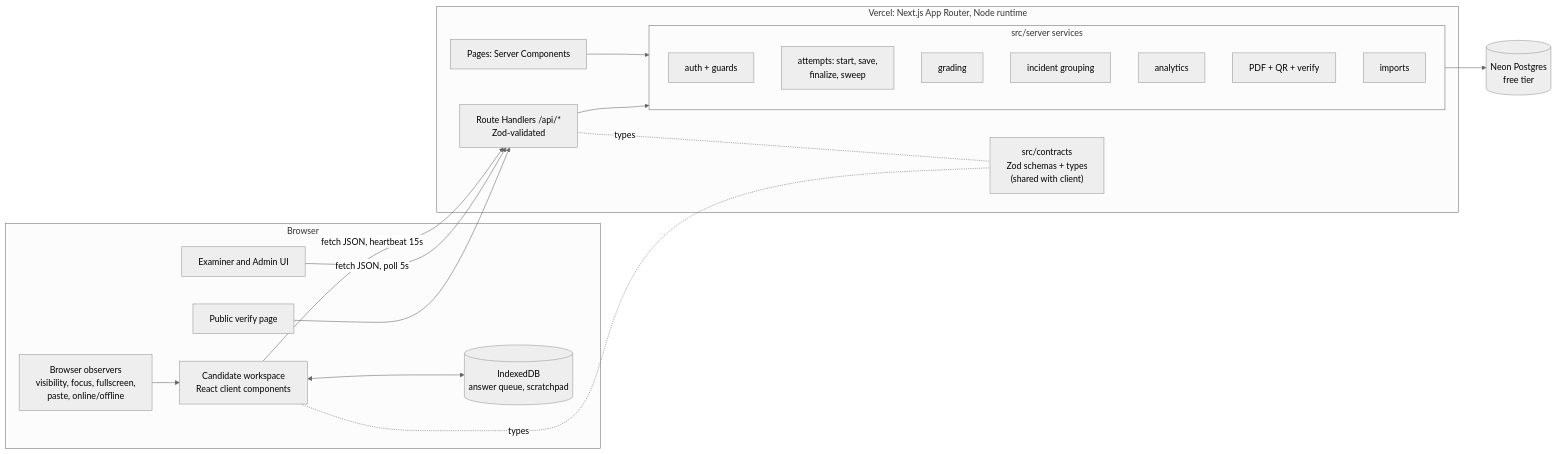
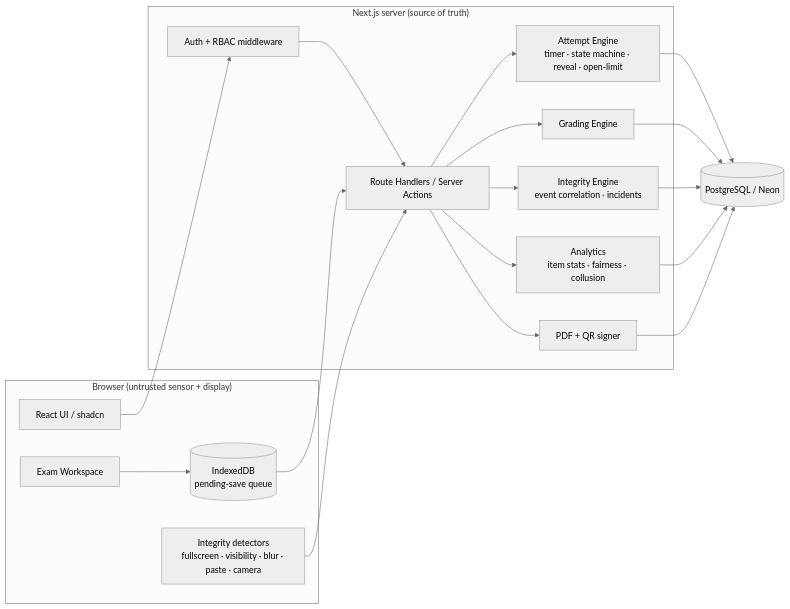
The second of 11 diagrams in PRD.md (Muhammad-Faizan-DS/WEB-E-THON), drawn with Mermaid (neutral theme) before and after one commit. The commit also changed other lines of this file and 31 other files, not shown here.

````diff
--- a/PRD.md
+++ b/PRD.md
@@ -105,38 +61,24 @@
 ```mermaid
 flowchart LR
-  subgraph Browser
-    CW["Candidate workspace<br/>React client components"]
-    IDB[("IndexedDB<br/>answer queue, scratchpad")]
-    MON["Browser observers<br/>visibility, focus, fullscreen,<br/>paste, online/offline"]
-    EX["Examiner and Admin UI"]
-    PUB["Public verify page"]
-    CW <--> IDB
-    MON --> CW
+  subgraph Client["Browser (untrusted sensor + display)"]
+    UI[React UI / shadcn]
+    WS[Exam Workspace]
+    DET[Integrity detectors<br/>fullscreen · visibility · blur · paste · camera]
+    Q[(IndexedDB<br/>pending-save queue)]
   end
-
-  subgraph Vercel["Vercel: Next.js App Router, Node runtime"]
-    RSC["Pages: Server Components"]
-    API["Route Handlers /api/*<br/>Zod-validated"]
-    subgraph Services["src/server services"]
-      AUTH["auth + guards"]
-      ATT["attempts: start, save,<br/>finalize, sweep"]
-      GRD["grading"]
-      INC["incident grouping"]
-      ANA["analytics"]
-      REP["PDF + QR + verify"]
-      IMP["imports"]
-    end
-    CON["src/contracts<br/>Zod schemas + types<br/>(shared with client)"]
+  subgraph Server["Next.js server (source of truth)"]
+    MW[Auth + RBAC middleware]
+    API[Route Handlers / Server Actions]
+    ENG[Attempt Engine<br/>timer · state machine · reveal · open-limit]
+    GR[Grading Engine]
+    INT[Integrity Engine<br/>event correlation · incidents]
+    AN[Analytics<br/>item stats · fairness · collusion]
+    PDF[PDF + QR signer]
   end
-
-  DB[("Neon Postgres<br/>free tier")]
-
-  CW -- "fetch JSON, heartbeat 15s" --> API
-  EX -- "fetch JSON, poll 5s" --> API
-  PUB --> API
-  RSC --> Services
-  API --> Services
-  Services --> DB
-  API -. types .- CON
-  CW -. types .- CON
+  DB[(PostgreSQL / Neon)]
+  UI --> MW --> API
+  WS --> Q --> API
+  DET --> API
+  API --> ENG & GR & INT & AN & PDF
+  ENG & GR & INT & AN & PDF --> DB
 ```
````
